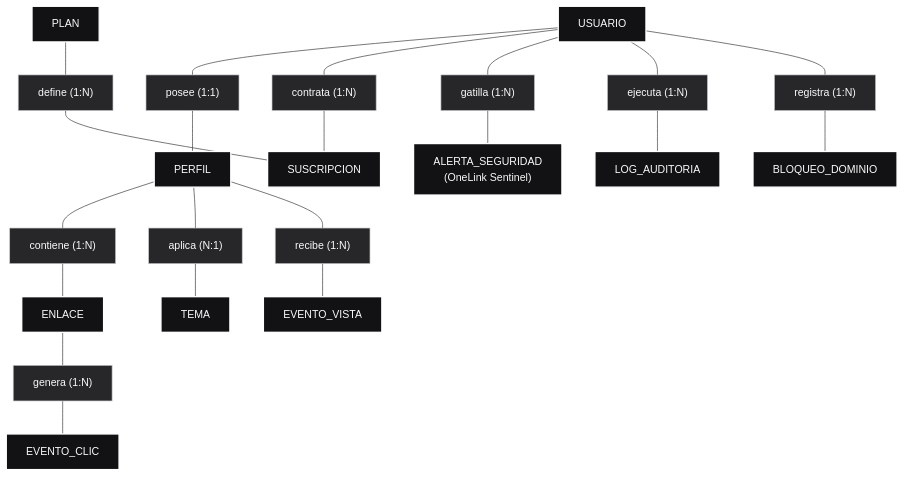
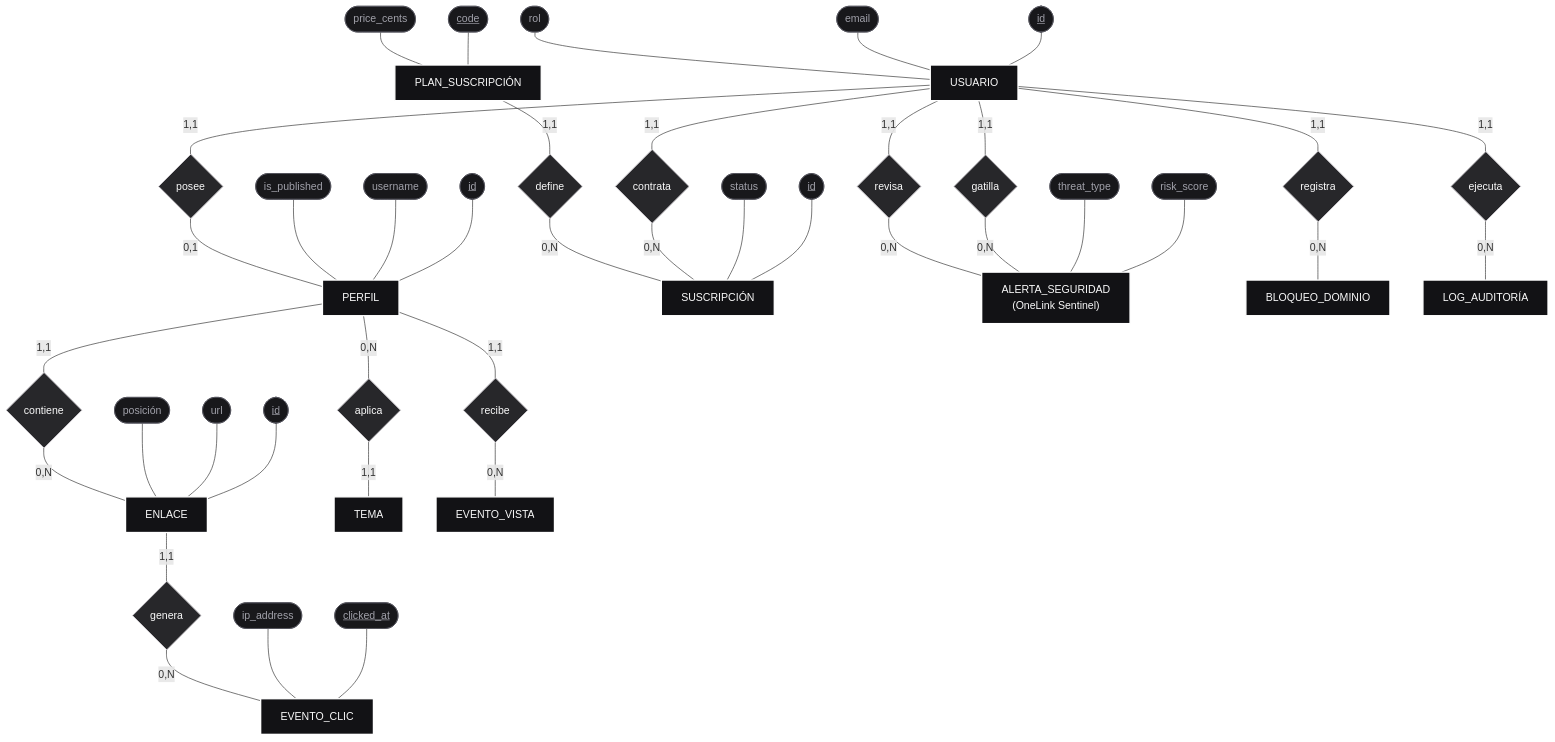
One commit to iamcristian/onelink-saas changed the first of 3 diagrams in docs/architecture/database-design.md. Above: the diagram before and after it, drawn with Mermaid. The commit also changed other lines of this file and 2 other files, not shown here.

Commit message:
docs(architecture): add complete Chen, 3FN logical, sequence and user flow diagrams across all modules

````diff
--- a/docs/architecture/database-design.md
+++ b/docs/architecture/database-design.md
@@ -48,43 +55,70 @@
 ```mermaid
-graph TD
+flowchart TD
     classDef entity fill:#121215,stroke:#ffffff,stroke-width:2px,color:#fafafa;
-    classDef relation fill:#27272a,stroke:#c8c5ca,stroke-width:1px,color:#fafafa;
+    classDef relation fill:#27272a,stroke:#c8c5ca,stroke-width:1.5px,color:#fafafa;
     classDef attribute fill:#18181b,stroke:#52525b,stroke-width:1px,color:#a1a1aa;
 
-    %% Entidades Principales
-    U["USUARIO"]:::entity
-    P["PERFIL"]:::entity
-    L["ENLACE"]:::entity
-    T["TEMA"]:::entity
-    PL["PLAN"]:::entity
-    S["SUSCRIPCION"]:::entity
-    SF["ALERTA_SEGURIDAD<br/>(OneLink Sentinel)"]:::entity
-    DB["BLOQUEO_DOMINIO"]:::entity
-    AL["LOG_AUDITORIA"]:::entity
-    CL["EVENTO_CLIC"]:::entity
-    PV["EVENTO_VISTA"]:::entity
+    %% ================= ENTIDADES PRINCIPALES =================
+    E_USER["USUARIO"]:::entity
+    E_PROFILE["PERFIL"]:::entity
+    E_LINK["ENLACE"]:::entity
+    E_THEME["TEMA"]:::entity
+    E_PLAN["PLAN_SUSCRIPCIÓN"]:::entity
+    E_SUB["SUSCRIPCIÓN"]:::entity
+    E_FLAG["ALERTA_SEGURIDAD<br/>(OneLink Sentinel)"]:::entity
+    E_BLOCK["BLOQUEO_DOMINIO"]:::entity
+    E_AUDIT["LOG_AUDITORÍA"]:::entity
+    E_CLICK["EVENTO_CLIC"]:::entity
+    E_VIEW["EVENTO_VISTA"]:::entity
 
-    %% Relaciones Semánticas
-    R_HAS["posee (1:1)"]:::relation
-    R_SUB["contrata (1:N)"]:::relation
-    R_DEF["define (1:N)"]:::relation
-    R_LINKS["contiene (1:N)"]:::relation
-    R_THEME["aplica (N:1)"]:::relation
-    R_TRIG["gatilla (1:N)"]:::relation
-    R_AUDIT["ejecuta (1:N)"]:::relation
-    R_BLOCK["registra (1:N)"]:::relation
-    R_GEN_C["genera (1:N)"]:::relation
-    R_GEN_V["recibe (1:N)"]:::relation
+    %% ================= RELACIONES (ROMBOS) =================
+    R_HAS{"posee"}:::relation
+    R_CONTAINS{"contiene"}:::relation
+    R_APPLIES{"aplica"}:::relation
+    R_SUBSCRIBES{"contrata"}:::relation
+    R_DEFINES{"define"}:::relation
+    R_TRIGGERS{"gatilla"}:::relation
+    R_REVIEWS{"revisa"}:::relation
+    R_EXECUTES{"ejecuta"}:::relation
+    R_BLOCKS{"registra"}:::relation
+    R_GEN_C{"genera"}:::relation
+    R_GEN_V{"recibe"}:::relation
 
-    %% Conexiones Entidad - Relación
-    U --- R_HAS --- P
-    U --- R_SUB --- S
-    PL --- R_DEF --- S
-    P --- R_LINKS --- L
-    P --- R_THEME --- T
-    U --- R_TRIG --- SF
-    U --- R_AUDIT --- AL
-    U --- R_BLOCK --- DB
-    L --- R_GEN_C --- CL
-    P --- R_GEN_V --- PV
+    %% ================= ATRIBUTOS CLAVE (ÓVALOS) =================
+    A_U1(["<u>id</u>"]):::attribute --- E_USER
+    A_U2(["email"]):::attribute --- E_USER
+    A_U3(["rol"]):::attribute --- E_USER
+
+    A_P1(["<u>id</u>"]):::attribute --- E_PROFILE
+    A_P2(["username"]):::attribute --- E_PROFILE
+    A_P3(["is_published"]):::attribute --- E_PROFILE
+
+    A_L1(["<u>id</u>"]):::attribute --- E_LINK
+    A_L2(["url"]):::attribute --- E_LINK
+    A_L3(["posición"]):::attribute --- E_LINK
+
+    A_PL1(["<u>code</u>"]):::attribute --- E_PLAN
+    A_PL2(["price_cents"]):::attribute --- E_PLAN
+
+    A_S1(["<u>id</u>"]):::attribute --- E_SUB
+    A_S2(["status"]):::attribute --- E_SUB
+
+    A_F1(["risk_score"]):::attribute --- E_FLAG
+    A_F2(["threat_type"]):::attribute --- E_FLAG
+
+    A_C1(["<u>clicked_at</u>"]):::attribute --- E_CLICK
+    A_C2(["ip_address"]):::attribute --- E_CLICK
+
+    %% ================= CONEXIONES CON CARDINALIDADES (CHEN) =================
+    E_USER ---|1,1| R_HAS ---|0,1| E_PROFILE
+    E_PROFILE ---|1,1| R_CONTAINS ---|0,N| E_LINK
+    E_PROFILE ---|0,N| R_APPLIES ---|1,1| E_THEME
+    E_USER ---|1,1| R_SUBSCRIBES ---|0,N| E_SUB
+    E_PLAN ---|1,1| R_DEFINES ---|0,N| E_SUB
+    E_USER ---|1,1| R_TRIGGERS ---|0,N| E_FLAG
+    E_USER ---|1,1| R_REVIEWS ---|0,N| E_FLAG
+    E_USER ---|1,1| R_EXECUTES ---|0,N| E_AUDIT
+    E_USER ---|1,1| R_BLOCKS ---|0,N| E_BLOCK
+    E_LINK ---|1,1| R_GEN_C ---|0,N| E_CLICK
+    E_PROFILE ---|1,1| R_GEN_V ---|0,N| E_VIEW
 ```
````
